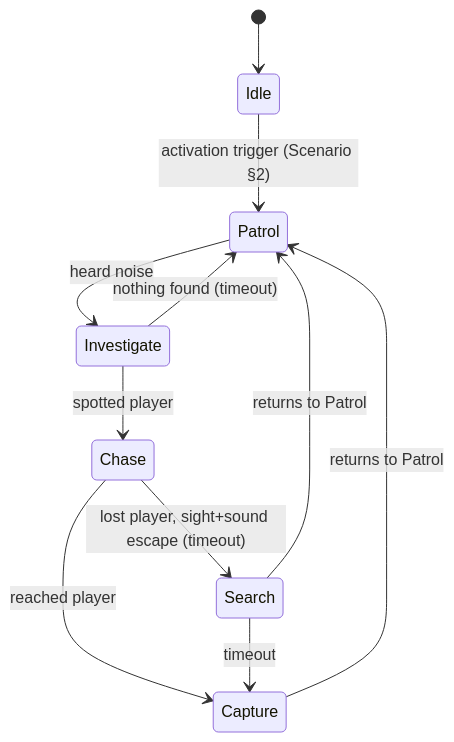
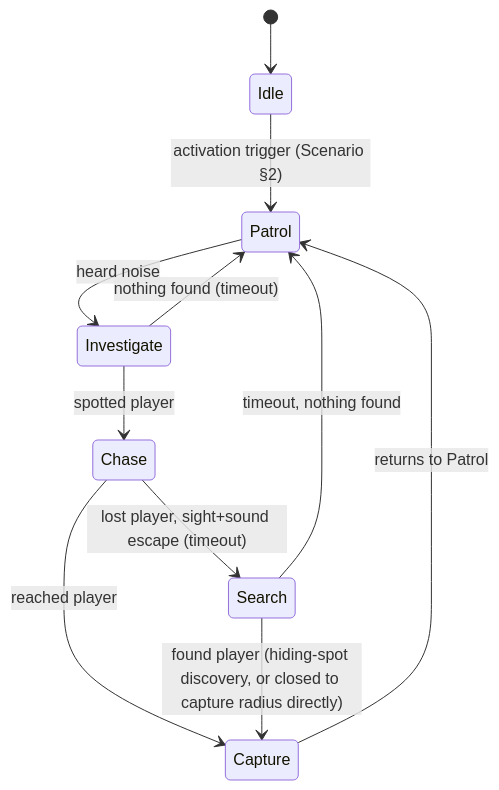
One commit to girish-kor/katputali changed the diagram in docs/AI_SYSTEM.md. Above: the diagram before and after it, drawn with Mermaid. The commit also changed other lines of this file and 21 other files, not shown here.

````diff
--- a/docs/AI_SYSTEM.md
+++ b/docs/AI_SYSTEM.md
@@ -13,13 +13,13 @@
 ```mermaid
 stateDiagram-v2
     [*] --> Idle
     Idle --> Patrol : activation trigger (Scenario §2)
     Patrol --> Investigate : heard noise
     Investigate --> Patrol : nothing found (timeout)
     Investigate --> Chase : spotted player
     Chase --> Search : lost player, sight+sound escape (timeout)
     Chase --> Capture : reached player
-    Search --> Capture : timeout
-    Search --> Patrol : returns to Patrol
+    Search --> Capture : found player (hiding-spot discovery, or closed to capture radius directly)
+    Search --> Patrol : timeout, nothing found
     Capture --> Patrol : returns to Patrol
 ```
````
